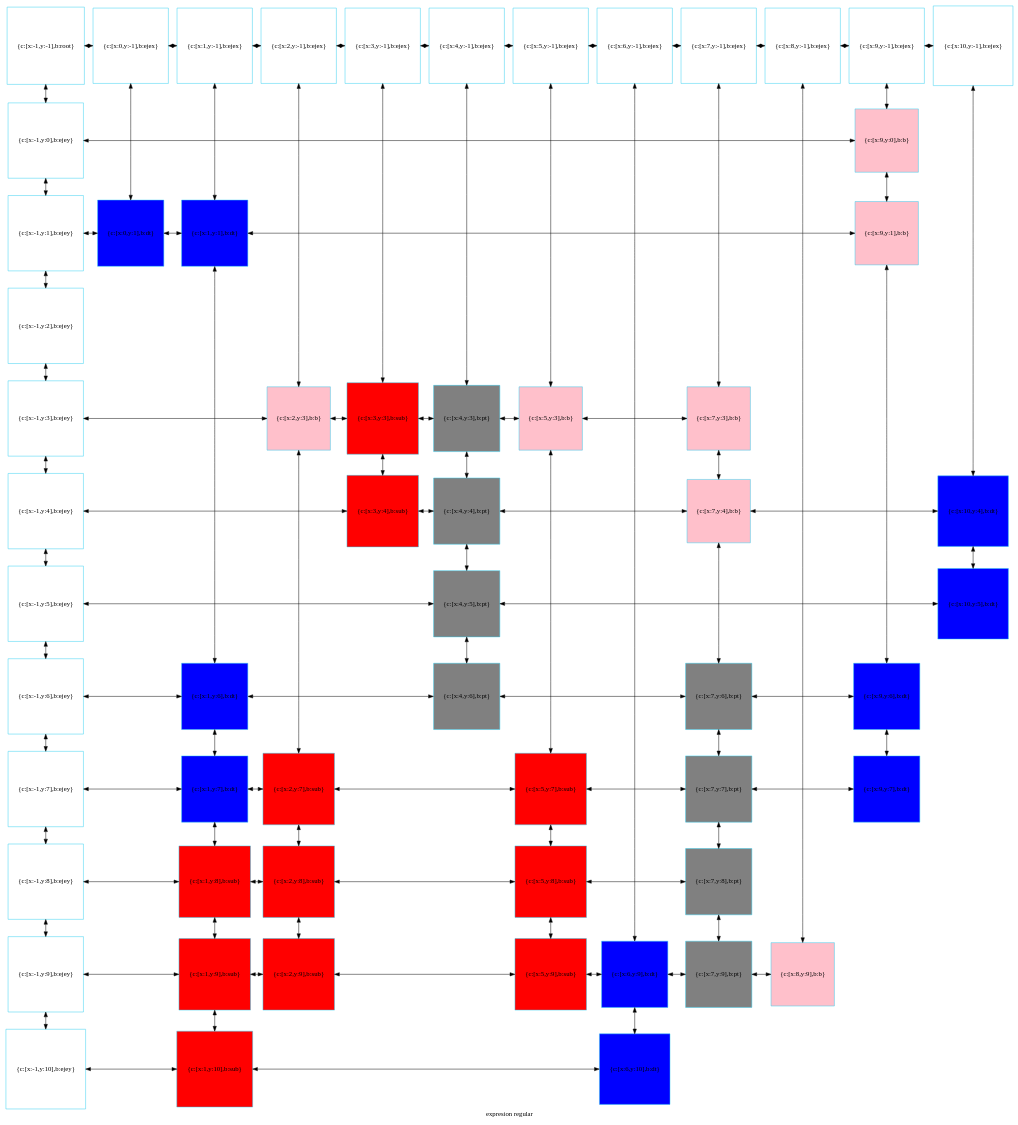
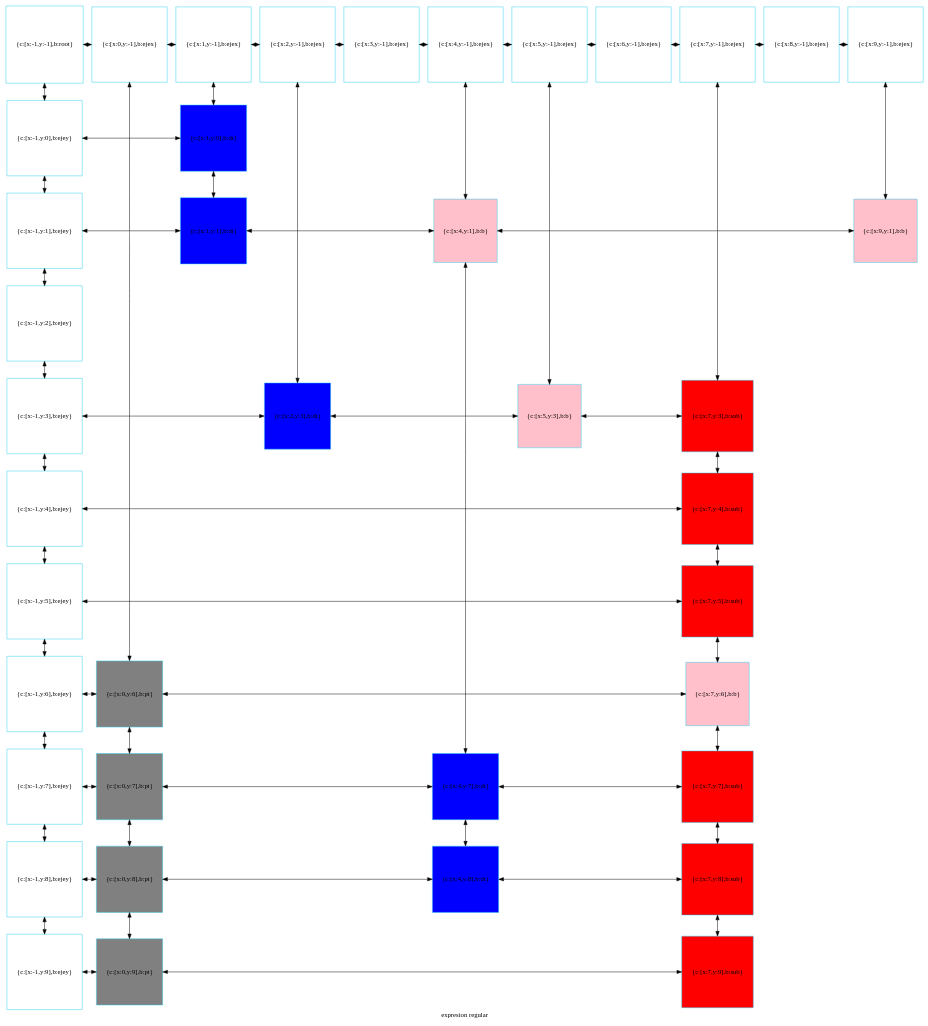
The diagram in compu.dot (betebetoven/EDDS2F2), drawn with Graphviz before and after one commit. The commit also changed 11 other files, not shown here.

```diff
--- a/compu.dot
+++ b/compu.dot
@@ -6,169 +6,113 @@
         node[color = "#EEEEE"]
         node[color = "#31CEF0"]
 
-781211036064[label="{c:[x:-1,y:-1],b:root}",fillcolor = "white"]
-781211036832[label="{c:[x:0,y:-1],b:ejex}",fillcolor = "white"]
-781211036640[label="{c:[x:1,y:-1],b:ejex}",fillcolor = "white"]
-781211036928[label="{c:[x:2,y:-1],b:ejex}",fillcolor = "white"]
-781211035920[label="{c:[x:3,y:-1],b:ejex}",fillcolor = "white"]
-781211035872[label="{c:[x:4,y:-1],b:ejex}",fillcolor = "white"]
-781211035824[label="{c:[x:5,y:-1],b:ejex}",fillcolor = "white"]
-781211036784[label="{c:[x:6,y:-1],b:ejex}",fillcolor = "white"]
-781211036112[label="{c:[x:7,y:-1],b:ejex}",fillcolor = "white"]
-781211037072[label="{c:[x:8,y:-1],b:ejex}",fillcolor = "white"]
-781211037216[label="{c:[x:9,y:-1],b:ejex}",fillcolor = "white"]
-781211037360[label="{c:[x:10,y:-1],b:ejex}",fillcolor = "white"]
-781211037504[label="{c:[x:-1,y:0],b:ejey}",fillcolor = "white"]
-781211117840[label="{c:[x:9,y:0],b:b}",fillcolor = "pink"]
-781211037648[label="{c:[x:-1,y:1],b:ejey}",fillcolor = "white"]
-781211116208[label="{c:[x:0,y:1],b:dt}",fillcolor = "blue"]
-781211098944[label="{c:[x:1,y:1],b:dt}",fillcolor = "blue"]
-781211105024[label="{c:[x:9,y:1],b:b}",fillcolor = "pink"]
-781211095200[label="{c:[x:-1,y:2],b:ejey}",fillcolor = "white"]
-781211095344[label="{c:[x:-1,y:3],b:ejey}",fillcolor = "white"]
-781211105360[label="{c:[x:2,y:3],b:b}",fillcolor = "pink"]
-781211115728[label="{c:[x:3,y:3],b:sub}",fillcolor = "red"]
-781211105264[label="{c:[x:4,y:3],b:pt}",fillcolor = "gray"]
-781211118080[label="{c:[x:5,y:3],b:b}",fillcolor = "pink"]
-781211104784[label="{c:[x:7,y:3],b:b}",fillcolor = "pink"]
-781211095488[label="{c:[x:-1,y:4],b:ejey}",fillcolor = "white"]
-781211115968[label="{c:[x:3,y:4],b:sub}",fillcolor = "red"]
-781211105744[label="{c:[x:4,y:4],b:pt}",fillcolor = "gray"]
-781211118320[label="{c:[x:7,y:4],b:b}",fillcolor = "pink"]
-781211117168[label="{c:[x:10,y:4],b:dt}",fillcolor = "blue"]
-781211095632[label="{c:[x:-1,y:5],b:ejey}",fillcolor = "white"]
-781211105984[label="{c:[x:4,y:5],b:pt}",fillcolor = "gray"]
-781211117408[label="{c:[x:10,y:5],b:dt}",fillcolor = "blue"]
-781211095776[label="{c:[x:-1,y:6],b:ejey}",fillcolor = "white"]
-781211106752[label="{c:[x:1,y:6],b:dt}",fillcolor = "blue"]
-781211106224[label="{c:[x:4,y:6],b:pt}",fillcolor = "gray"]
-781211096496[label="{c:[x:7,y:6],b:pt}",fillcolor = "gray"]
-781211103584[label="{c:[x:9,y:6],b:dt}",fillcolor = "blue"]
-781211095920[label="{c:[x:-1,y:7],b:ejey}",fillcolor = "white"]
-781211116736[label="{c:[x:1,y:7],b:dt}",fillcolor = "blue"]
-781211097024[label="{c:[x:2,y:7],b:sub}",fillcolor = "red"]
-781211097504[label="{c:[x:5,y:7],b:sub}",fillcolor = "red"]
-781211096880[label="{c:[x:7,y:7],b:pt}",fillcolor = "gray"]
-781211103824[label="{c:[x:9,y:7],b:dt}",fillcolor = "blue"]
-781211096064[label="{c:[x:-1,y:8],b:ejey}",fillcolor = "white"]
-781211106464[label="{c:[x:1,y:8],b:sub}",fillcolor = "red"]
-781211098560[label="{c:[x:2,y:8],b:sub}",fillcolor = "red"]
-781211097744[label="{c:[x:5,y:8],b:sub}",fillcolor = "red"]
-781211096640[label="{c:[x:7,y:8],b:pt}",fillcolor = "gray"]
-781211096208[label="{c:[x:-1,y:9],b:ejey}",fillcolor = "white"]
-781211106608[label="{c:[x:1,y:9],b:sub}",fillcolor = "red"]
-781211098320[label="{c:[x:2,y:9],b:sub}",fillcolor = "red"]
-781211097984[label="{c:[x:5,y:9],b:sub}",fillcolor = "red"]
-781211104064[label="{c:[x:6,y:9],b:dt}",fillcolor = "blue"]
-781211097264[label="{c:[x:7,y:9],b:pt}",fillcolor = "gray"]
-781211104544[label="{c:[x:8,y:9],b:b}",fillcolor = "pink"]
-781211096352[label="{c:[x:-1,y:10],b:ejey}",fillcolor = "white"]
-781211106992[label="{c:[x:1,y:10],b:sub}",fillcolor = "red"]
-781211104304[label="{c:[x:6,y:10],b:dt}",fillcolor = "blue"]
-781211036064->781211037504[dir = both];
-781211037504->781211037648[dir = both];
-781211037648->781211095200[dir = both];
-781211095200->781211095344[dir = both];
-781211095344->781211095488[dir = both];
-781211095488->781211095632[dir = both];
-781211095632->781211095776[dir = both];
-781211095776->781211095920[dir = both];
-781211095920->781211096064[dir = both];
-781211096064->781211096208[dir = both];
-781211096208->781211096352[dir = both];
-781211036832->781211116208[dir = both];
-781211036640->781211098944[dir = both];
-781211098944->781211106752[dir = both];
-781211106752->781211116736[dir = both];
-781211116736->781211106464[dir = both];
-781211106464->781211106608[dir = both];
-781211106608->781211106992[dir = both];
-781211036928->781211105360[dir = both];
-781211105360->781211097024[dir = both];
-781211097024->781211098560[dir = both];
-781211098560->781211098320[dir = both];
-781211035920->781211115728[dir = both];
-781211115728->781211115968[dir = both];
-781211035872->781211105264[dir = both];
-781211105264->781211105744[dir = both];
-781211105744->781211105984[dir = both];
-781211105984->781211106224[dir = both];
-781211035824->781211118080[dir = both];
-781211118080->781211097504[dir = both];
-781211097504->781211097744[dir = both];
-781211097744->781211097984[dir = both];
-781211036784->781211104064[dir = both];
-781211104064->781211104304[dir = both];
-781211036112->781211104784[dir = both];
-781211104784->781211118320[dir = both];
-781211118320->781211096496[dir = both];
-781211096496->781211096880[dir = both];
-781211096880->781211096640[dir = both];
-781211096640->781211097264[dir = both];
-781211037072->781211104544[dir = both];
-781211037216->781211117840[dir = both];
-781211117840->781211105024[dir = both];
-781211105024->781211103584[dir = both];
-781211103584->781211103824[dir = both];
-781211037360->781211117168[dir = both];
-781211117168->781211117408[dir = both];
-781211036064->781211036832[dir = both];
-781211036832->781211036640[dir = both];
-781211036640->781211036928[dir = both];
-781211036928->781211035920[dir = both];
-781211035920->781211035872[dir = both];
-781211035872->781211035824[dir = both];
-781211035824->781211036784[dir = both];
-781211036784->781211036112[dir = both];
-781211036112->781211037072[dir = both];
-781211037072->781211037216[dir = both];
-781211037216->781211037360[dir = both];
-781211037504->781211117840[constraint=false,dir = both];
-781211037648->781211116208[constraint=false,dir = both];
-781211116208->781211098944[constraint=false,dir = both];
-781211098944->781211105024[constraint=false,dir = both];
-781211095344->781211105360[constraint=false,dir = both];
-781211105360->781211115728[constraint=false,dir = both];
-781211115728->781211105264[constraint=false,dir = both];
-781211105264->781211118080[constraint=false,dir = both];
-781211118080->781211104784[constraint=false,dir = both];
-781211095488->781211115968[constraint=false,dir = both];
-781211115968->781211105744[constraint=false,dir = both];
-781211105744->781211118320[constraint=false,dir = both];
-781211118320->781211117168[constraint=false,dir = both];
-781211095632->781211105984[constraint=false,dir = both];
-781211105984->781211117408[constraint=false,dir = both];
-781211095776->781211106752[constraint=false,dir = both];
-781211106752->781211106224[constraint=false,dir = both];
-781211106224->781211096496[constraint=false,dir = both];
-781211096496->781211103584[constraint=false,dir = both];
-781211095920->781211116736[constraint=false,dir = both];
-781211116736->781211097024[constraint=false,dir = both];
-781211097024->781211097504[constraint=false,dir = both];
-781211097504->781211096880[constraint=false,dir = both];
-781211096880->781211103824[constraint=false,dir = both];
-781211096064->781211106464[constraint=false,dir = both];
-781211106464->781211098560[constraint=false,dir = both];
-781211098560->781211097744[constraint=false,dir = both];
-781211097744->781211096640[constraint=false,dir = both];
-781211096208->781211106608[constraint=false,dir = both];
-781211106608->781211098320[constraint=false,dir = both];
-781211098320->781211097984[constraint=false,dir = both];
-781211097984->781211104064[constraint=false,dir = both];
-781211104064->781211097264[constraint=false,dir = both];
-781211097264->781211104544[constraint=false,dir = both];
-781211096352->781211106992[constraint=false,dir = both];
-781211106992->781211104304[constraint=false,dir = both];
- {rank=same; 781211036064;781211036832;781211036640;781211036928;781211035920;781211035872;781211035824;781211036784;781211036112;781211037072;781211037216;781211037360;}
- {rank=same; 781211037504;781211117840;}
- {rank=same; 781211037648;781211116208;781211098944;781211105024;}
- {rank=same; 781211095200;}
- {rank=same; 781211095344;781211105360;781211115728;781211105264;781211118080;781211104784;}
- {rank=same; 781211095488;781211115968;781211105744;781211118320;781211117168;}
- {rank=same; 781211095632;781211105984;781211117408;}
- {rank=same; 781211095776;781211106752;781211106224;781211096496;781211103584;}
- {rank=same; 781211095920;781211116736;781211097024;781211097504;781211096880;781211103824;}
- {rank=same; 781211096064;781211106464;781211098560;781211097744;781211096640;}
- {rank=same; 781211096208;781211106608;781211098320;781211097984;781211104064;781211097264;781211104544;}
- {rank=same; 781211096352;781211106992;781211104304;}
+500379707184[label="{c:[x:-1,y:-1],b:root}",fillcolor = "white"]
+500379708432[label="{c:[x:0,y:-1],b:ejex}",fillcolor = "white"]
+500379706656[label="{c:[x:1,y:-1],b:ejex}",fillcolor = "white"]
+500379708960[label="{c:[x:2,y:-1],b:ejex}",fillcolor = "white"]
+500379708816[label="{c:[x:3,y:-1],b:ejex}",fillcolor = "white"]
+500379708624[label="{c:[x:4,y:-1],b:ejex}",fillcolor = "white"]
+500379788528[label="{c:[x:5,y:-1],b:ejex}",fillcolor = "white"]
+500379788192[label="{c:[x:6,y:-1],b:ejex}",fillcolor = "white"]
+500379787568[label="{c:[x:7,y:-1],b:ejex}",fillcolor = "white"]
+500379789680[label="{c:[x:8,y:-1],b:ejex}",fillcolor = "white"]
+500379789536[label="{c:[x:9,y:-1],b:ejex}",fillcolor = "white"]
+500379787424[label="{c:[x:-1,y:0],b:ejey}",fillcolor = "white"]
+500380250848[label="{c:[x:1,y:0],b:dt}",fillcolor = "blue"]
+500379788000[label="{c:[x:-1,y:1],b:ejey}",fillcolor = "white"]
+500380251568[label="{c:[x:1,y:1],b:dt}",fillcolor = "blue"]
+500380252288[label="{c:[x:4,y:1],b:b}",fillcolor = "pink"]
+500380253008[label="{c:[x:9,y:1],b:b}",fillcolor = "pink"]
+500379790592[label="{c:[x:-1,y:2],b:ejey}",fillcolor = "white"]
+500379790256[label="{c:[x:-1,y:3],b:ejey}",fillcolor = "white"]
+500380252048[label="{c:[x:2,y:3],b:dt}",fillcolor = "blue"]
+500380252528[label="{c:[x:5,y:3],b:b}",fillcolor = "pink"]
+500379791312[label="{c:[x:7,y:3],b:sub}",fillcolor = "red"]
+500379787952[label="{c:[x:-1,y:4],b:ejey}",fillcolor = "white"]
+500380250368[label="{c:[x:7,y:4],b:sub}",fillcolor = "red"]
+500379789008[label="{c:[x:-1,y:5],b:ejey}",fillcolor = "white"]
+500380250608[label="{c:[x:7,y:5],b:sub}",fillcolor = "red"]
+500379789296[label="{c:[x:-1,y:6],b:ejey}",fillcolor = "white"]
+500379789248[label="{c:[x:0,y:6],b:pt}",fillcolor = "gray"]
+500380252768[label="{c:[x:7,y:6],b:b}",fillcolor = "pink"]
+500379788096[label="{c:[x:-1,y:7],b:ejey}",fillcolor = "white"]
+500379790448[label="{c:[x:0,y:7],b:pt}",fillcolor = "gray"]
+500380250896[label="{c:[x:4,y:7],b:dt}",fillcolor = "blue"]
+500379790688[label="{c:[x:7,y:7],b:sub}",fillcolor = "red"]
+500379788816[label="{c:[x:-1,y:8],b:ejey}",fillcolor = "white"]
+500379787712[label="{c:[x:0,y:8],b:pt}",fillcolor = "gray"]
+500380251136[label="{c:[x:4,y:8],b:dt}",fillcolor = "blue"]
+500379790352[label="{c:[x:7,y:8],b:sub}",fillcolor = "red"]
+500379788288[label="{c:[x:-1,y:9],b:ejey}",fillcolor = "white"]
+500379789968[label="{c:[x:0,y:9],b:pt}",fillcolor = "gray"]
+500379790304[label="{c:[x:7,y:9],b:sub}",fillcolor = "red"]
+500379707184->500379787424[dir = both];
+500379787424->500379788000[dir = both];
+500379788000->500379790592[dir = both];
+500379790592->500379790256[dir = both];
+500379790256->500379787952[dir = both];
+500379787952->500379789008[dir = both];
+500379789008->500379789296[dir = both];
+500379789296->500379788096[dir = both];
+500379788096->500379788816[dir = both];
+500379788816->500379788288[dir = both];
+500379708432->500379789248[dir = both];
+500379789248->500379790448[dir = both];
+500379790448->500379787712[dir = both];
+500379787712->500379789968[dir = both];
+500379706656->500380250848[dir = both];
+500380250848->500380251568[dir = both];
+500379708960->500380252048[dir = both];
+500379708624->500380252288[dir = both];
+500380252288->500380250896[dir = both];
+500380250896->500380251136[dir = both];
+500379788528->500380252528[dir = both];
+500379787568->500379791312[dir = both];
+500379791312->500380250368[dir = both];
+500380250368->500380250608[dir = both];
+500380250608->500380252768[dir = both];
+500380252768->500379790688[dir = both];
+500379790688->500379790352[dir = both];
+500379790352->500379790304[dir = both];
+500379789536->500380253008[dir = both];
+500379707184->500379708432[dir = both];
+500379708432->500379706656[dir = both];
+500379706656->500379708960[dir = both];
+500379708960->500379708816[dir = both];
+500379708816->500379708624[dir = both];
+500379708624->500379788528[dir = both];
+500379788528->500379788192[dir = both];
+500379788192->500379787568[dir = both];
+500379787568->500379789680[dir = both];
+500379789680->500379789536[dir = both];
+500379787424->500380250848[constraint=false,dir = both];
+500379788000->500380251568[constraint=false,dir = both];
+500380251568->500380252288[constraint=false,dir = both];
+500380252288->500380253008[constraint=false,dir = both];
+500379790256->500380252048[constraint=false,dir = both];
+500380252048->500380252528[constraint=false,dir = both];
+500380252528->500379791312[constraint=false,dir = both];
+500379787952->500380250368[constraint=false,dir = both];
+500379789008->500380250608[constraint=false,dir = both];
+500379789296->500379789248[constraint=false,dir = both];
+500379789248->500380252768[constraint=false,dir = both];
+500379788096->500379790448[constraint=false,dir = both];
+500379790448->500380250896[constraint=false,dir = both];
+500380250896->500379790688[constraint=false,dir = both];
+500379788816->500379787712[constraint=false,dir = both];
+500379787712->500380251136[constraint=false,dir = both];
+500380251136->500379790352[constraint=false,dir = both];
+500379788288->500379789968[constraint=false,dir = both];
+500379789968->500379790304[constraint=false,dir = both];
+ {rank=same; 500379707184;500379708432;500379706656;500379708960;500379708816;500379708624;500379788528;500379788192;500379787568;500379789680;500379789536;}
+ {rank=same; 500379787424;500380250848;}
+ {rank=same; 500379788000;500380251568;500380252288;500380253008;}
+ {rank=same; 500379790592;}
+ {rank=same; 500379790256;500380252048;500380252528;500379791312;}
+ {rank=same; 500379787952;500380250368;}
+ {rank=same; 500379789008;500380250608;}
+ {rank=same; 500379789296;500379789248;500380252768;}
+ {rank=same; 500379788096;500379790448;500380250896;500379790688;}
+ {rank=same; 500379788816;500379787712;500380251136;500379790352;}
+ {rank=same; 500379788288;500379789968;500379790304;}
 }
```
